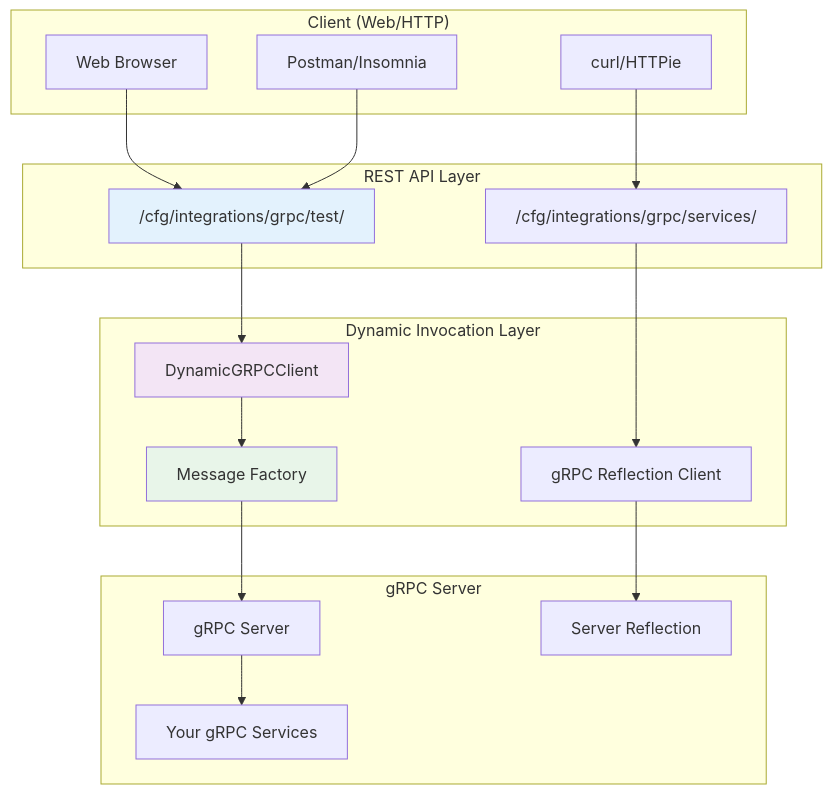
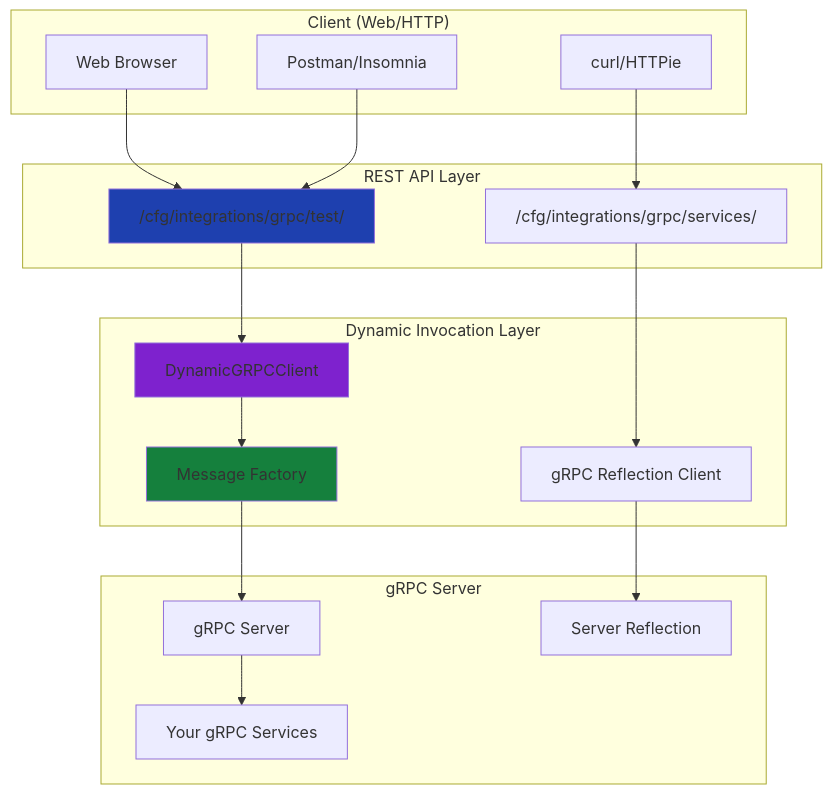
Before and after one commit to markolofsen/django-cfg: the diagram in docs/features/integrations/grpc/dynamic-invocation.md, drawn with Mermaid. The commit also changed 10 other files, not shown here.

````diff
--- a/docs/features/integrations/grpc/dynamic-invocation.md
+++ b/docs/features/integrations/grpc/dynamic-invocation.md
@@ -32,42 +32,42 @@
 ```mermaid
 graph TB
     subgraph "Client (Web/HTTP)"
         Browser["Web Browser"]
         Postman["Postman/Insomnia"]
         CURL["curl/HTTPie"]
     end
 
     subgraph "REST API Layer"
         TestingViewSet["/cfg/integrations/grpc/test/"]
         ServicesViewSet["/cfg/integrations/grpc/services/"]
     end
 
     subgraph "Dynamic Invocation Layer"
         DynamicClient["DynamicGRPCClient"]
         MessageFactory["Message Factory"]
         Reflection["gRPC Reflection Client"]
     end
 
     subgraph "gRPC Server"
         Server["gRPC Server"]
         Services["Your gRPC Services"]
         ReflectionService["Server Reflection"]
     end
 
     Browser --> TestingViewSet
     Postman --> TestingViewSet
     CURL --> ServicesViewSet
 
     TestingViewSet --> DynamicClient
     ServicesViewSet --> Reflection
 
     DynamicClient --> MessageFactory
     MessageFactory --> Server
     Reflection --> ReflectionService
 
     Server --> Services
 
-    style TestingViewSet fill:#e3f2fd
-    style DynamicClient fill:#f3e5f5
-    style MessageFactory fill:#e8f5e9
+    style TestingViewSet fill:#1e40af
+    style DynamicClient fill:#7e22ce
+    style MessageFactory fill:#15803d
 ```
````
